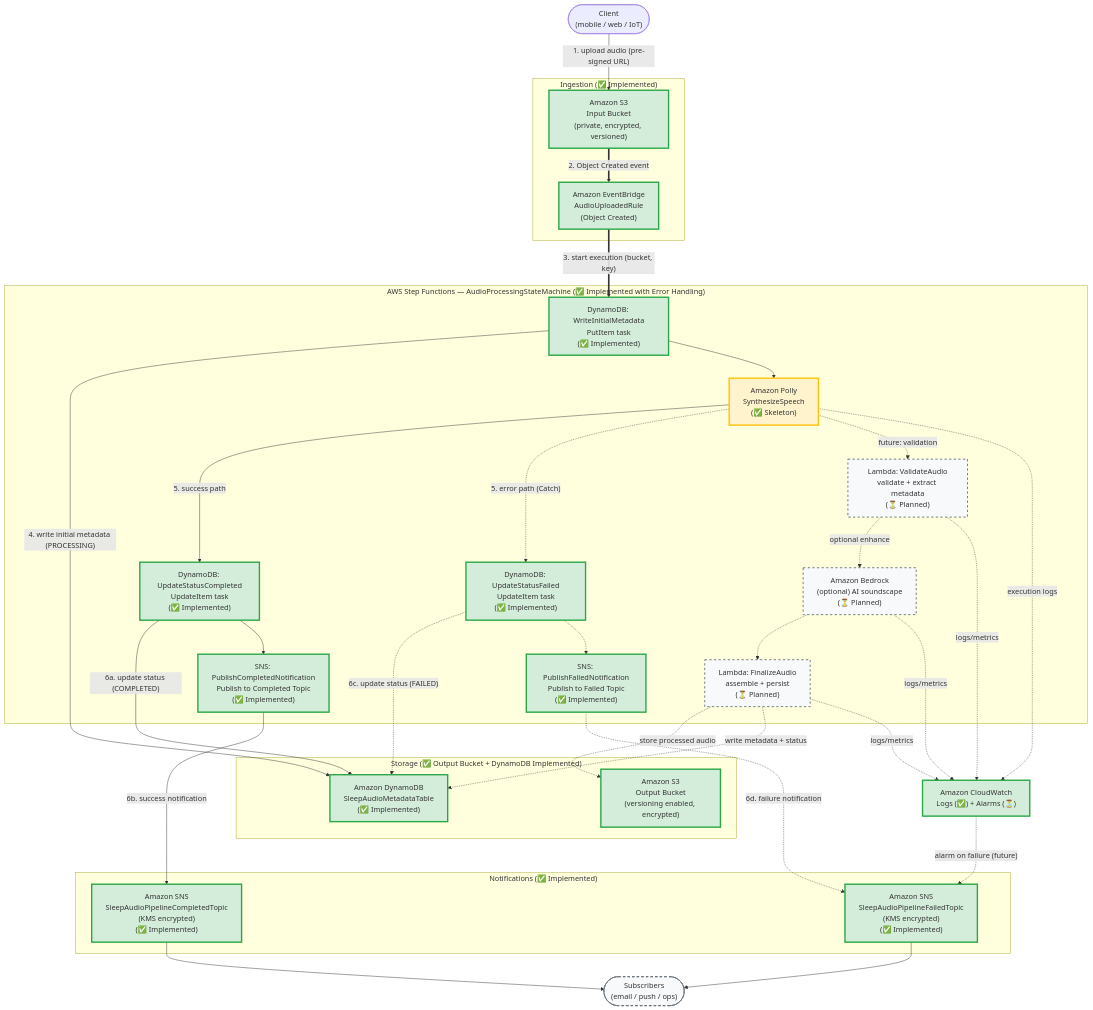
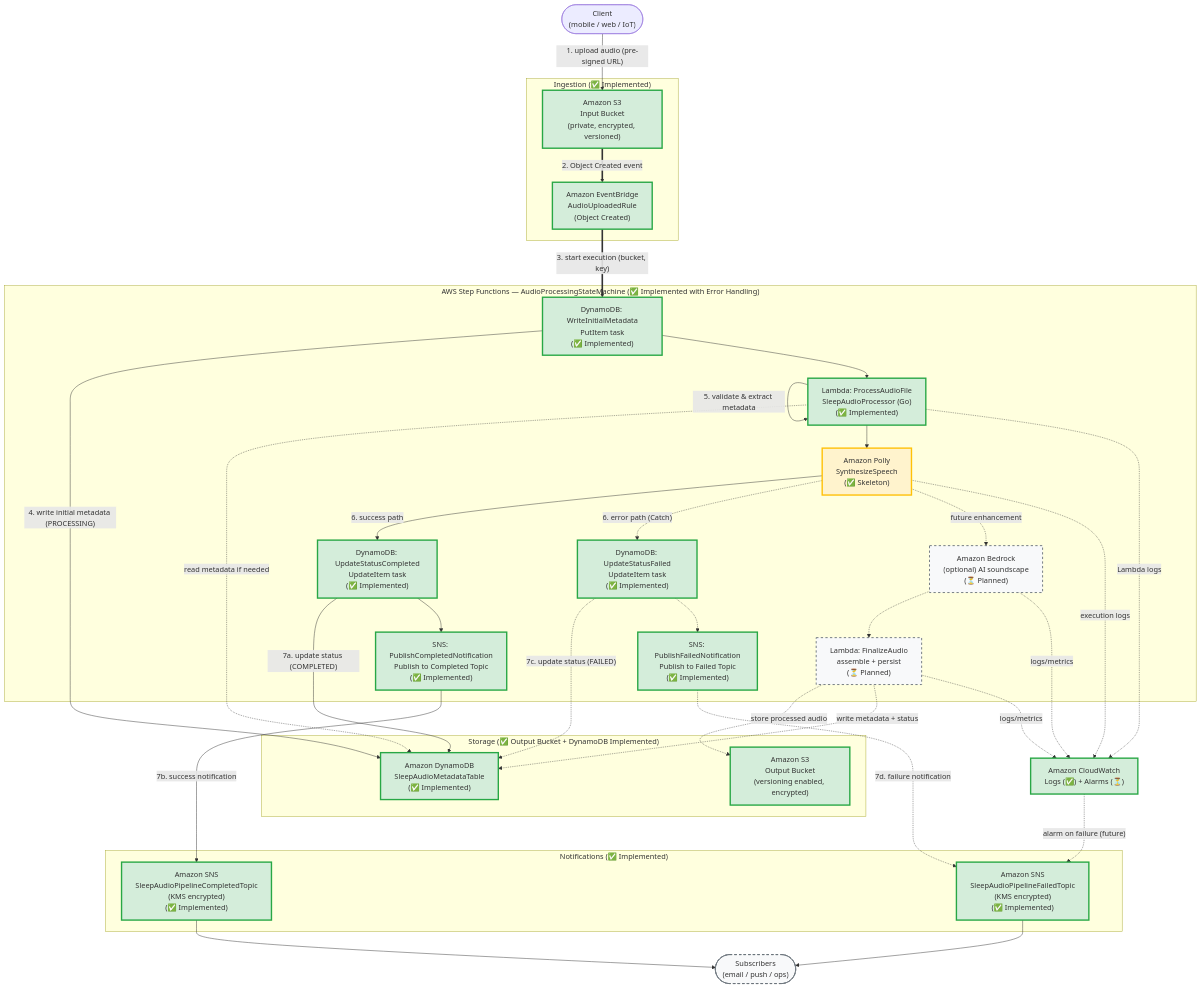
The diagram in ARCHITECTURE.md (obstreperous-ai/cdk-sleep-go-copilot), drawn with Mermaid before and after one commit. The commit also changed other lines of this file, not shown here.

First line of the commit message:
docs: Update ARCHITECTURE.md for Issue #7 Lambda integration

````diff
--- a/ARCHITECTURE.md
+++ b/ARCHITECTURE.md
@@ -344,73 +370,75 @@
 ```mermaid
 flowchart TD
     Client(["Client<br/>(mobile / web / IoT)"])
 
     subgraph Ingestion ["Ingestion (✅ Implemented)"]
         S3In["Amazon S3<br/>Input Bucket<br/>(private, encrypted, versioned)"]
         EB["Amazon EventBridge<br/>AudioUploadedRule<br/>(Object Created)"]
     end
 
     subgraph Processing["AWS Step Functions — AudioProcessingStateMachine (✅ Implemented with Error Handling)"]
         WriteMeta["DynamoDB: WriteInitialMetadata<br/>PutItem task<br/>(✅ Implemented)"]
+        ProcessLambda["Lambda: ProcessAudioFile<br/>SleepAudioProcessor (Go)<br/>(✅ Implemented)"]
         Polly["Amazon Polly<br/>SynthesizeSpeech<br/>(✅ Skeleton)"]
         UpdateSuccess["DynamoDB: UpdateStatusCompleted<br/>UpdateItem task<br/>(✅ Implemented)"]
         PublishSuccess["SNS: PublishCompletedNotification<br/>Publish to Completed Topic<br/>(✅ Implemented)"]
         UpdateFailed["DynamoDB: UpdateStatusFailed<br/>UpdateItem task<br/>(✅ Implemented)"]
         PublishFailed["SNS: PublishFailedNotification<br/>Publish to Failed Topic<br/>(✅ Implemented)"]
-        Validate["Lambda: ValidateAudio<br/>validate + extract metadata<br/>(⏳ Planned)"]
         Bedrock["Amazon Bedrock<br/>(optional) AI soundscape<br/>(⏳ Planned)"]
         Finalize["Lambda: FinalizeAudio<br/>assemble + persist<br/>(⏳ Planned)"]
     end
 
     subgraph Storage ["Storage (✅ Output Bucket + DynamoDB Implemented)"]
         S3Out["Amazon S3<br/>Output Bucket<br/>(versioning enabled, encrypted)"]
         DDB["Amazon DynamoDB<br/>SleepAudioMetadataTable<br/>(✅ Implemented)"]
     end
 
     subgraph Notifications ["Notifications (✅ Implemented)"]
         SNSComplete["Amazon SNS<br/>SleepAudioPipelineCompletedTopic<br/>(KMS encrypted)<br/>(✅ Implemented)"]
         SNSFailed["Amazon SNS<br/>SleepAudioPipelineFailedTopic<br/>(KMS encrypted)<br/>(✅ Implemented)"]
     end
 
     CW["Amazon CloudWatch<br/>Logs (✅) + Alarms (⏳)"]
     Subs(["Subscribers<br/>(email / push / ops)"])
 
     Client -- "1. upload audio (pre-signed URL)" --> S3In
     S3In == "2. Object Created event" ==> EB
     EB == "3. start execution (bucket, key)" ==> WriteMeta
     WriteMeta -- "4. write initial metadata (PROCESSING)" --> DDB
-    WriteMeta --> Polly
+    WriteMeta --> ProcessLambda
+    ProcessLambda -- "5. validate & extract metadata" --> ProcessLambda
+    ProcessLambda -. "read metadata if needed" .-> DDB
+    ProcessLambda --> Polly
     
-    Polly -- "5. success path" --> UpdateSuccess
-    UpdateSuccess -- "6a. update status (COMPLETED)" --> DDB
+    Polly -- "6. success path" --> UpdateSuccess
+    UpdateSuccess -- "7a. update status (COMPLETED)" --> DDB
     UpdateSuccess --> PublishSuccess
-    PublishSuccess -- "6b. success notification" --> SNSComplete
+    PublishSuccess -- "7b. success notification" --> SNSComplete
     
-    Polly -. "5. error path (Catch)" .-> UpdateFailed
-    UpdateFailed -. "6c. update status (FAILED)" .-> DDB
+    Polly -. "6. error path (Catch)" .-> UpdateFailed
+    UpdateFailed -. "7c. update status (FAILED)" .-> DDB
     UpdateFailed -.-> PublishFailed
-    PublishFailed -. "6d. failure notification" .-> SNSFailed
+    PublishFailed -. "7d. failure notification" .-> SNSFailed
     
-    Polly -. "future: validation" .-> Validate
-    Validate -. "optional enhance" .-> Bedrock
+    Polly -. "future enhancement" .-> Bedrock
     Bedrock -.-> Finalize
     Finalize -. "store processed audio" .-> S3Out
     Finalize -. "write metadata + status" .-> DDB
     
     SNSComplete --> Subs
     SNSFailed --> Subs
 
     Polly -. "execution logs" .-> CW
-    Validate -. "logs/metrics" .-> CW
+    ProcessLambda -. "Lambda logs" .-> CW
     Finalize -. "logs/metrics" .-> CW
     Bedrock -. "logs/metrics" .-> CW
     CW -. "alarm on failure (future)" .-> SNSFailed
     
     classDef implemented fill:#d4edda,stroke:#28a745,stroke-width:3px;
     classDef skeleton fill:#fff3cd,stroke:#ffc107,stroke-width:3px;
     classDef planned fill:#f8f9fa,stroke:#6c757d,stroke-width:2px,stroke-dasharray: 5 5;
     
-    class S3In,EB,S3Out,CW,WriteMeta,UpdateSuccess,PublishSuccess,UpdateFailed,PublishFailed,SNSComplete,SNSFailed,DDB implemented;
+    class S3In,EB,S3Out,CW,WriteMeta,ProcessLambda,UpdateSuccess,PublishSuccess,UpdateFailed,PublishFailed,SNSComplete,SNSFailed,DDB implemented;
     class Polly skeleton;
-    class Validate,Bedrock,Finalize,Subs planned;
+    class Bedrock,Finalize,Subs planned;
 ```
````
